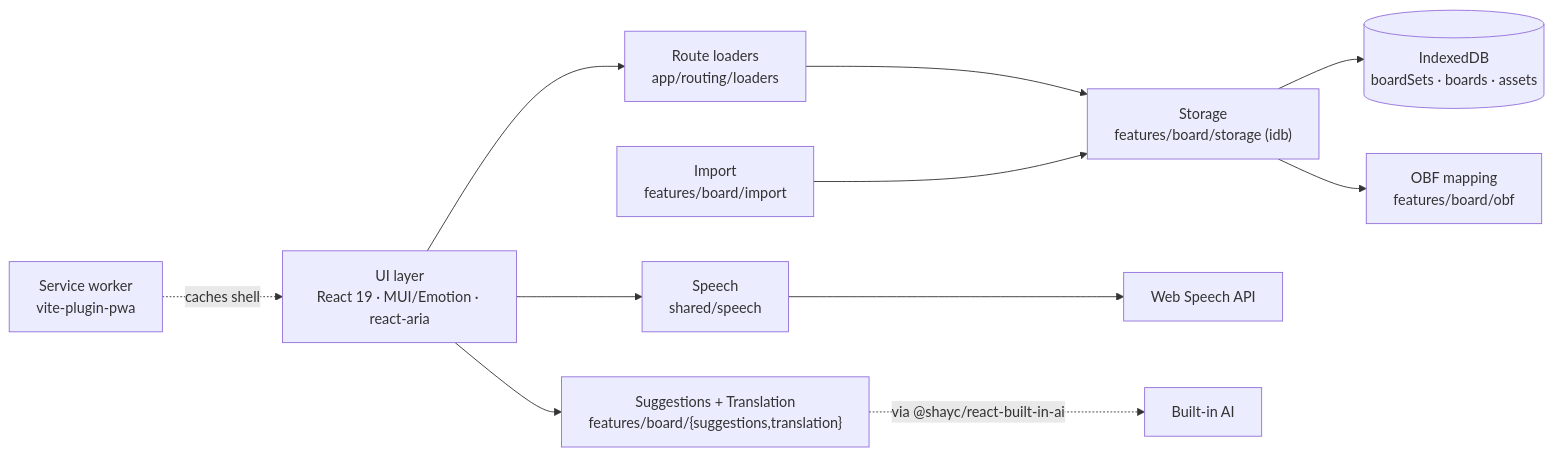
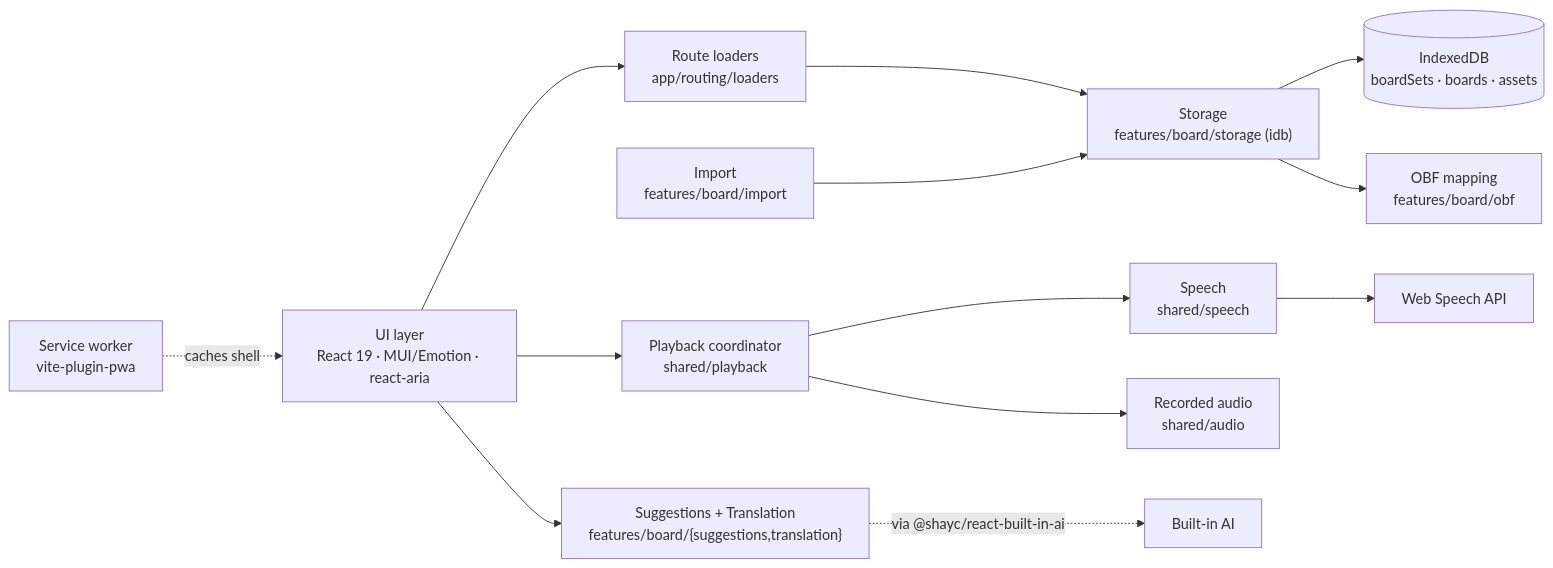
One commit to shayc/aac-board-ai changed the second of 2 diagrams in docs/architecture.md. Above: the diagram before and after it, drawn with Mermaid. The commit also changed other lines of this file and 23 other files, not shown here.

````diff
--- a/docs/architecture.md
+++ b/docs/architecture.md
@@ -98,17 +98,19 @@
 ```mermaid
 flowchart LR
     UI["UI layer<br/>React 19 · MUI/Emotion · react-aria"]
 
     UI --> LD["Route loaders<br/>app/routing/loaders"]
     LD --> STG["Storage<br/>features/board/storage (idb)"]
     STG --> DB[("IndexedDB<br/>boardSets · boards · assets")]
 
-    UI --> SPK["Speech<br/>shared/speech"] --> WS["Web Speech API"]
+    UI --> PLY["Playback coordinator<br/>shared/playback"]
+    PLY --> SPK["Speech<br/>shared/speech"] --> WS["Web Speech API"]
+    PLY --> AUD["Recorded audio<br/>shared/audio"]
     UI --> SUG["Suggestions + Translation<br/>features/board/{suggestions,translation}"]
     SUG -.->|via @shayc/react-built-in-ai| BAI["Built-in AI"]
 
     STG --> OBF["OBF mapping<br/>features/board/obf"]
     IMP["Import<br/>features/board/import"] --> STG
 
     SW["Service worker<br/>vite-plugin-pwa"] -.->|caches shell| UI
 ```
````
